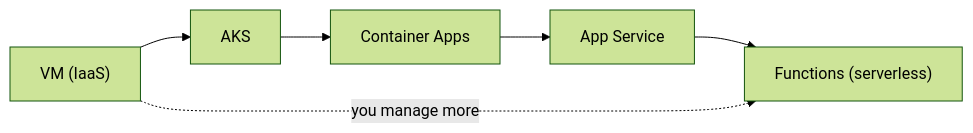
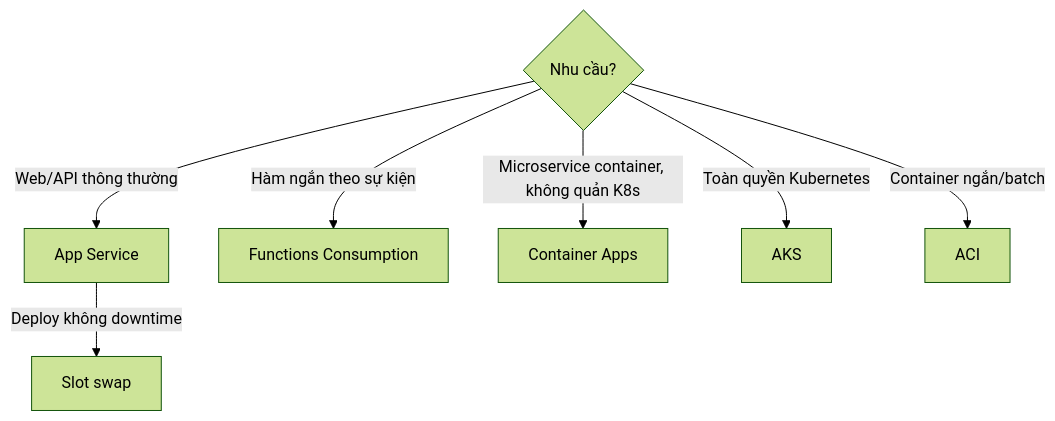
The diagram in src/assets/knowledge/playbooks/azure/azure-compute-serverless-containers.md (passion-Infinity/personal-tech-playbook), drawn with Mermaid (forest theme) before and after one commit. The commit also changed other lines of this file and 3 other files, not shown here.

````diff
--- a/src/assets/knowledge/playbooks/azure/azure-compute-serverless-containers.md
+++ b/src/assets/knowledge/playbooks/azure/azure-compute-serverless-containers.md
@@ -16,8 +36,9 @@
 ```mermaid
-flowchart LR
-    VM["VM (IaaS)"] --> AKS[AKS]
-    AKS --> CA[Container Apps]
-    CA --> AS[App Service]
-    AS --> FN["Functions (serverless)"]
-    VM -.->|you manage more| FN
+flowchart TD
+    N{Nhu cầu?} -->|"Web/API thông thường"| AS["App Service"]
+    N -->|"Hàm ngắn theo sự kiện"| FN["Functions Consumption"]
+    N -->|"Microservice container, không quản K8s"| CA["Container Apps"]
+    N -->|"Toàn quyền Kubernetes"| AKS[AKS]
+    N -->|"Container ngắn/batch"| ACI[ACI]
+    AS -->|"Deploy không downtime"| SL["Slot swap"]
 ```
````
